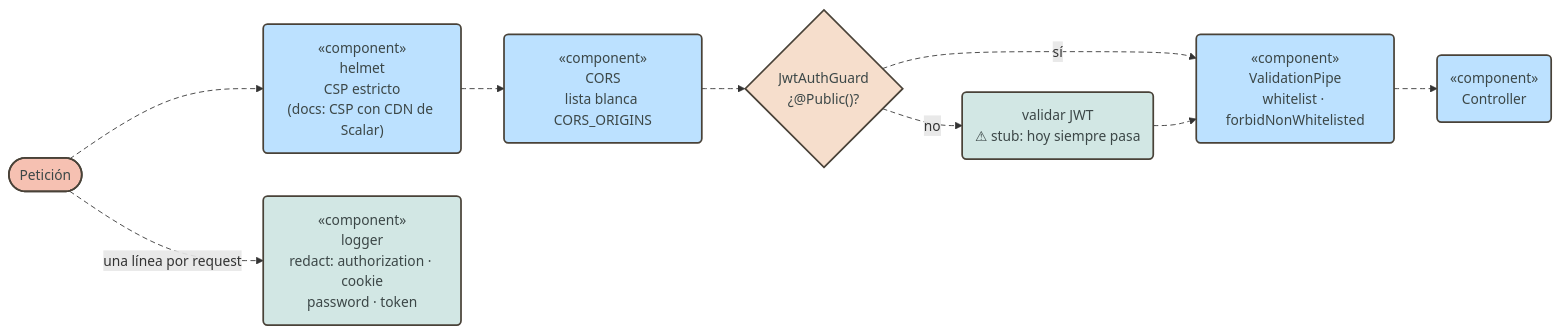
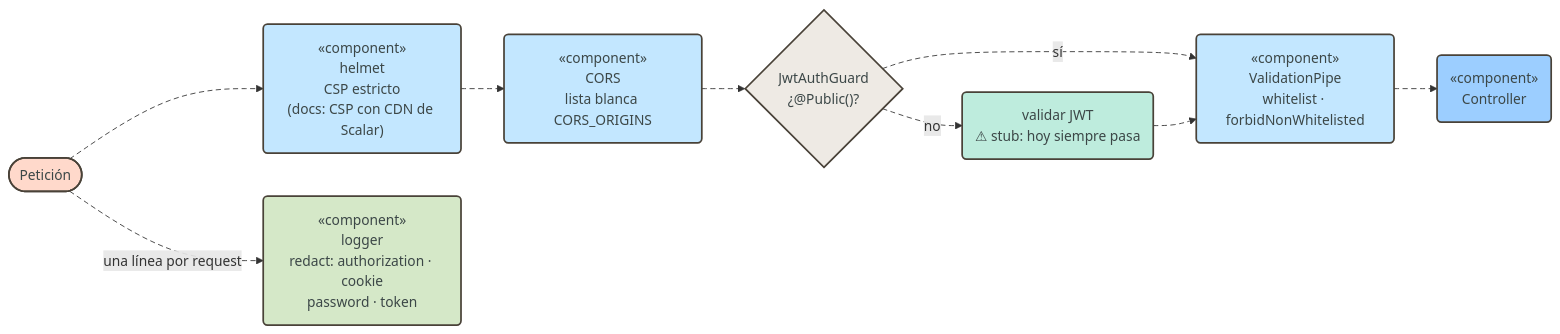
Diagram 15 of 19 in docs/architecture.md (pcarroza91/nest-template), drawn with Mermaid before and after one commit. The commit also changed other lines of this file and 2 other files, not shown here.

First line of the commit message:
docs(architecture): colores por capa y componente en los diagramas Mermaid

````diff
--- a/docs/architecture.md
+++ b/docs/architecture.md
@@ -645,27 +675,31 @@
 ```mermaid
 flowchart LR
     IN(["Petición"])
     H("«component»<br/>helmet<br/>CSP estricto<br/>(docs: CSP con CDN de Scalar)")
     C("«component»<br/>CORS<br/>lista blanca CORS_ORIGINS")
     G{"JwtAuthGuard<br/>¿@Public()?"}
     GJ("validar JWT<br/>⚠ stub: hoy siempre pasa")
     V("«component»<br/>ValidationPipe<br/>whitelist · forbidNonWhitelisted")
     CT("«component»<br/>Controller")
     L("«component»<br/>logger<br/>redact: authorization · cookie<br/>password · token")
 
     IN --> H --> C --> G
     G -- "sí" --> V
     G -- "no" --> GJ --> V
     V --> CT
     IN -. "una línea por request" .-> L
 
-    classDef entry fill:#bce1ff,stroke:#494238,stroke-width:2px,color:#3c4747
-    classDef shared fill:#d2e7e4,stroke:#494238,stroke-width:2px,color:#3c4747
-    classDef ext fill:#f6c1b2,stroke:#494238,stroke-width:2px,color:#3c4747
-    class H,C,V,CT entry
-    class GJ,L shared
-    class IN ext
-    classDef decision fill:#f6decc,stroke:#494238,stroke-width:2px,color:#3c4747
+    classDef bootstrap fill:#c3e7ff,stroke:#494238,stroke-width:2px,color:#3c4747
+    classDef common fill:#beecdd,stroke:#494238,stroke-width:2px,color:#3c4747
+    classDef config fill:#d5e8c8,stroke:#494238,stroke-width:2px,color:#3c4747
+    classDef external fill:#ffd9cb,stroke:#494238,stroke-width:2px,color:#3c4747
+    classDef controller fill:#9cceff,stroke:#494238,stroke-width:2px,color:#3c4747
+    classDef decision fill:#eeeae4,stroke:#494238,stroke-width:2px,color:#3c4747
+    class H,C,V bootstrap
+    class GJ common
+    class L config
+    class IN external
+    class CT controller
     class G decision
     linkStyle default stroke-dasharray:6 4
 ```
````
